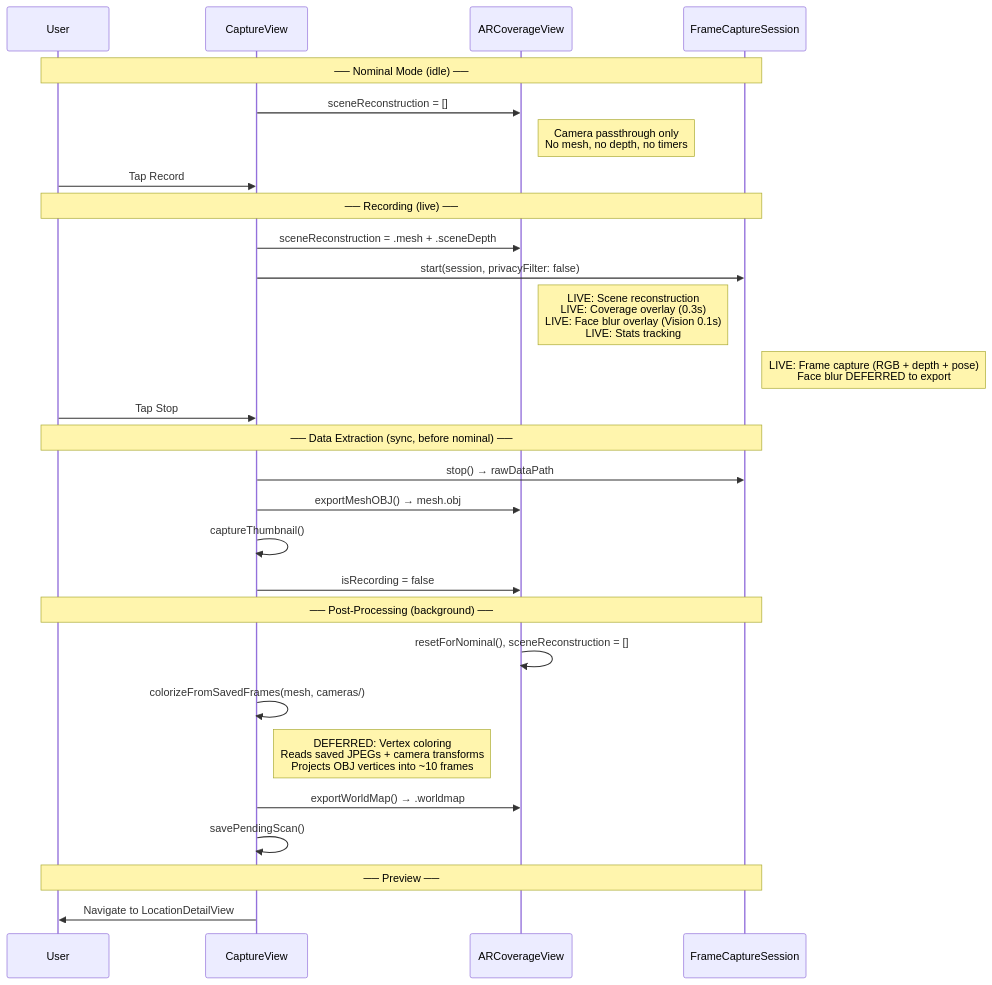
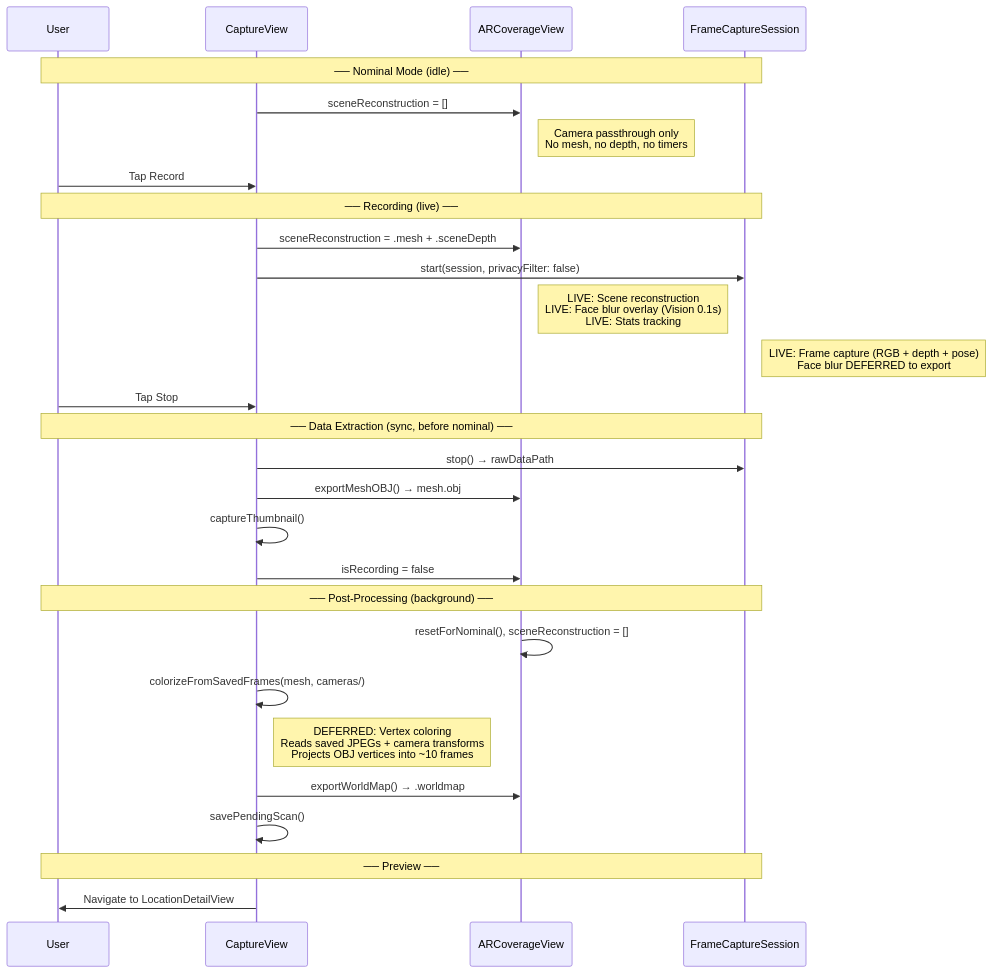
Before and after one commit to WiseLabCMU/wisescan-ios: the third of 5 diagrams in REQUIREMENTS.md, drawn with Mermaid. The commit also changed other lines of this file and 2 other files, not shown here.

````diff
--- a/REQUIREMENTS.md
+++ b/REQUIREMENTS.md
@@ -134,36 +134,36 @@
 ```mermaid
 sequenceDiagram
     participant U as User
     participant CV as CaptureView
     participant AR as ARCoverageView
     participant FCS as FrameCaptureSession
 
     Note over U,FCS: ── Nominal Mode (idle) ──
     CV->>AR: sceneReconstruction = []
     Note right of AR: Camera passthrough only<br/>No mesh, no depth, no timers
 
     U->>CV: Tap Record
     Note over U,FCS: ── Recording (live) ──
     CV->>AR: sceneReconstruction = .mesh + .sceneDepth
     CV->>FCS: start(session, privacyFilter: false)
-    Note right of AR: LIVE: Scene reconstruction<br/>LIVE: Coverage overlay (0.3s)<br/>LIVE: Face blur overlay (Vision 0.1s)<br/>LIVE: Stats tracking
+    Note right of AR: LIVE: Scene reconstruction<br/>LIVE: Face blur overlay (Vision 0.1s)<br/>LIVE: Stats tracking
     Note right of FCS: LIVE: Frame capture (RGB + depth + pose)<br/>Face blur DEFERRED to export
 
     U->>CV: Tap Stop
     Note over U,FCS: ── Data Extraction (sync, before nominal) ──
     CV->>FCS: stop() → rawDataPath
     CV->>AR: exportMeshOBJ() → mesh.obj
     CV->>CV: captureThumbnail()
 
     CV->>AR: isRecording = false
     Note over U,FCS: ── Post-Processing (background) ──
     AR->>AR: resetForNominal(), sceneReconstruction = []
     CV->>CV: colorizeFromSavedFrames(mesh, cameras/)
     Note right of CV: DEFERRED: Vertex coloring<br/>Reads saved JPEGs + camera transforms<br/>Projects OBJ vertices into ~10 frames
 
     CV->>AR: exportWorldMap() → .worldmap
     CV->>CV: savePendingScan()
 
     Note over U,FCS: ── Preview ──
     CV->>U: Navigate to LocationDetailView
 ```
````
